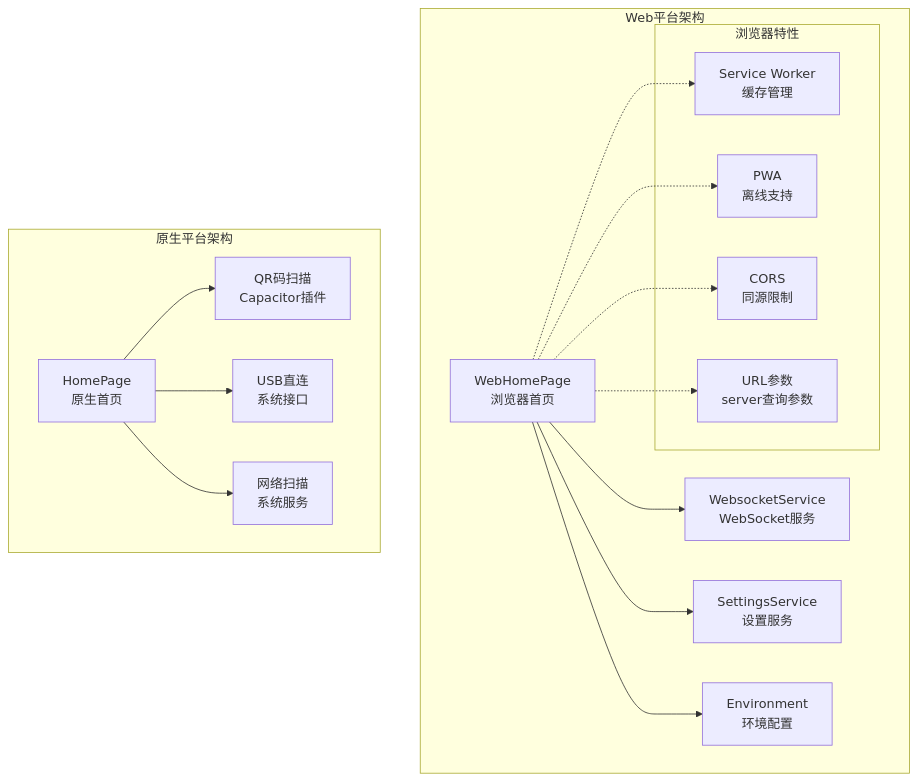
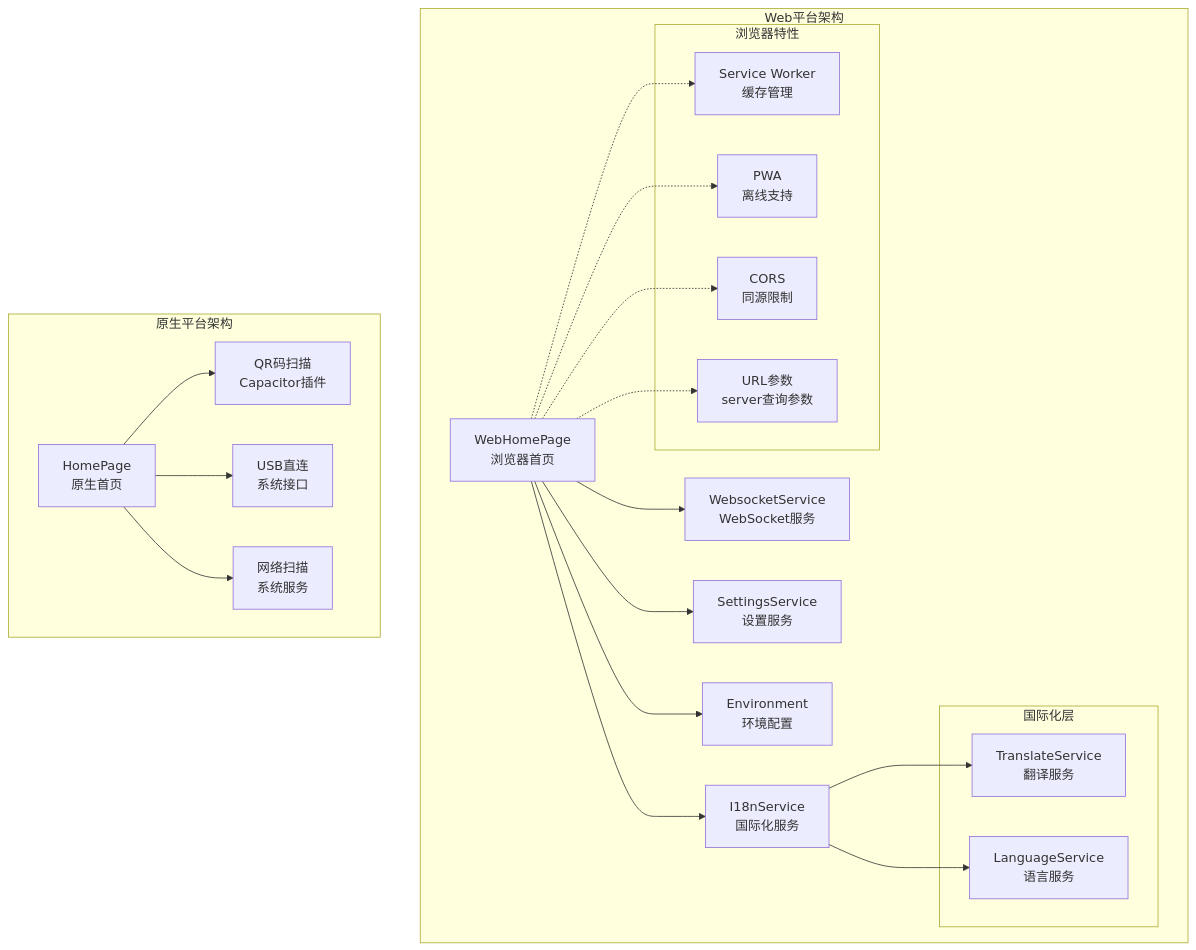
The second of 12 diagrams in .qoder/repowiki/zh/content/架构设计/模块化设计/页面模块/Web首页模块.md (tea4go/Macro-Deck-Client-App), drawn with Mermaid before and after one commit. The commit also changed other lines of this file and 15 other files, not shown here.

````diff
--- a/.qoder/repowiki/zh/content/架构设计/模块化设计/页面模块/Web首页模块.md
+++ b/.qoder/repowiki/zh/content/架构设计/模块化设计/页面模块/Web首页模块.md
@@ -123,31 +149,39 @@
 ```mermaid
 graph TB
 subgraph "Web平台架构"
 WH[WebHomePage<br/>浏览器首页]
 WS[WebsocketService<br/>WebSocket服务]
 SS[SettingsService<br/>设置服务]
+IS[I18nService<br/>国际化服务]
 ENV[Environment<br/>环境配置]
+subgraph "国际化层"
+TS[TranslateService<br/>翻译服务]
+LS[LanguageService<br/>语言服务]
+end
 subgraph "浏览器特性"
 SW[Service Worker<br/>缓存管理]
 PWA[PWA<br/>离线支持]
 CORS[CORS<br/>同源限制]
 URL[URL参数<br/>server查询参数]
 end
 end
 subgraph "原生平台架构"
 H[HomePage<br/>原生首页]
 QR[QR码扫描<br/>Capacitor插件]
 USB[USB直连<br/>系统接口]
 NET[网络扫描<br/>系统服务]
 end
 WH --> WS
 WH --> SS
+WH --> IS
+IS --> TS
+IS --> LS
 WH --> ENV
 WH -.-> SW
 WH -.-> PWA
 WH -.-> CORS
 WH -.-> URL
 H --> QR
 H --> USB
 H --> NET
 ```
````
